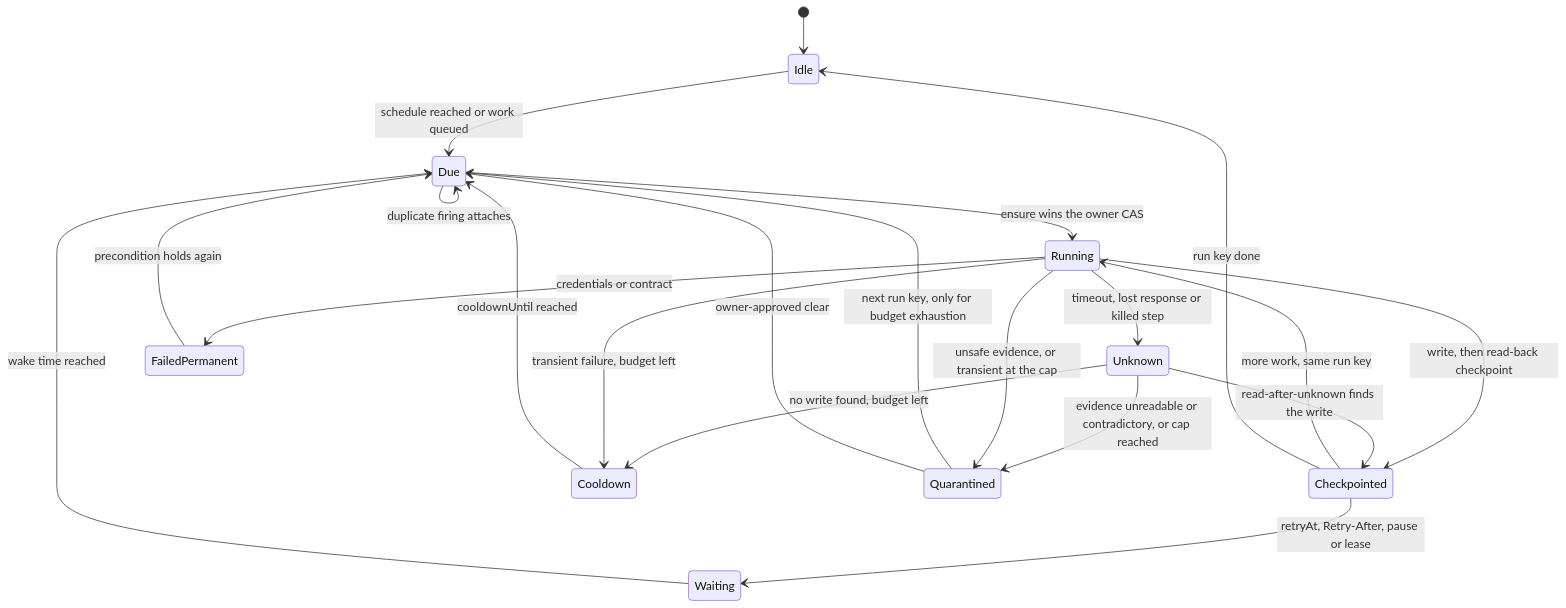
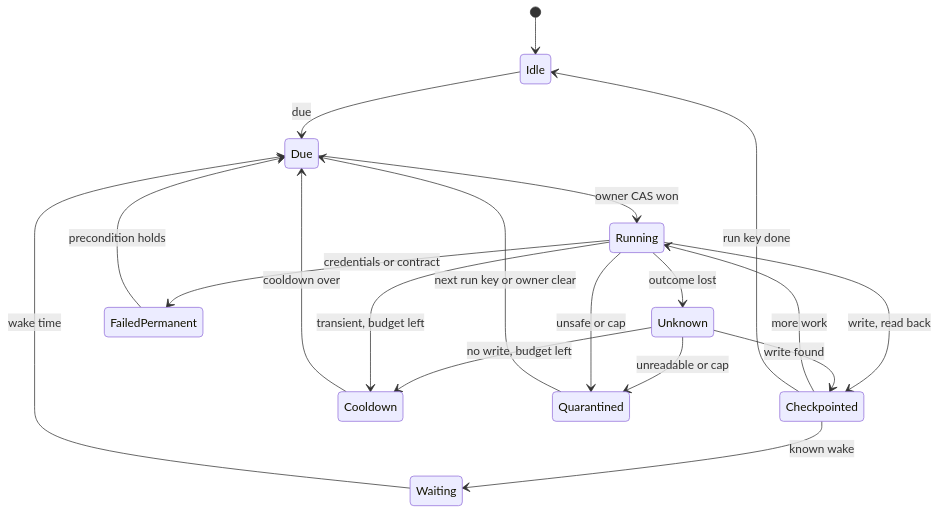
One commit to vladimino/iptv-watchlist changed the eighth of 8 diagrams in docs/architecture/scheduling-and-orchestration.md. Above: the diagram before and after it, drawn with Mermaid. The commit also changed other lines of this file, not shown here.

Commit message:
AIR-345: make the proposed orchestration diagrams legible on GitHub
Shorter state labels and no control-record back-edges; the omitted
details move to the prose under each diagram.

````diff
--- a/docs/architecture/scheduling-and-orchestration.md
+++ b/docs/architecture/scheduling-and-orchestration.md
@@ -266,23 +263,21 @@
 ```mermaid
 stateDiagram-v2
     [*] --> Idle
-    Idle --> Due: schedule reached or work queued
-    Due --> Running: ensure wins the owner CAS
-    Due --> Due: duplicate firing attaches
-    Running --> Checkpointed: write, then read-back checkpoint
-    Checkpointed --> Running: more work, same run key
-    Checkpointed --> Waiting: retryAt, Retry-After, pause or lease
+    Idle --> Due: due
+    Due --> Running: owner CAS won
+    Running --> Checkpointed: write, read back
+    Checkpointed --> Running: more work
+    Checkpointed --> Waiting: known wake
     Checkpointed --> Idle: run key done
-    Waiting --> Due: wake time reached
-    Running --> Unknown: timeout, lost response or killed step
-    Unknown --> Checkpointed: read-after-unknown finds the write
-    Unknown --> Cooldown: no write found, budget left
-    Running --> Cooldown: transient failure, budget left
-    Cooldown --> Due: cooldownUntil reached
-    Unknown --> Quarantined: evidence unreadable or contradictory, or cap reached
-    Running --> Quarantined: unsafe evidence, or transient at the cap
+    Waiting --> Due: wake time
+    Running --> Unknown: outcome lost
+    Unknown --> Checkpointed: write found
+    Unknown --> Cooldown: no write, budget left
+    Running --> Cooldown: transient, budget left
+    Cooldown --> Due: cooldown over
+    Unknown --> Quarantined: unreadable or cap
+    Running --> Quarantined: unsafe or cap
     Running --> FailedPermanent: credentials or contract
-    FailedPermanent --> Due: precondition holds again
-    Quarantined --> Due: next run key, only for budget exhaustion
-    Quarantined --> Due: owner-approved clear
+    FailedPermanent --> Due: precondition holds
+    Quarantined --> Due: next run key or owner clear
 ```
````
